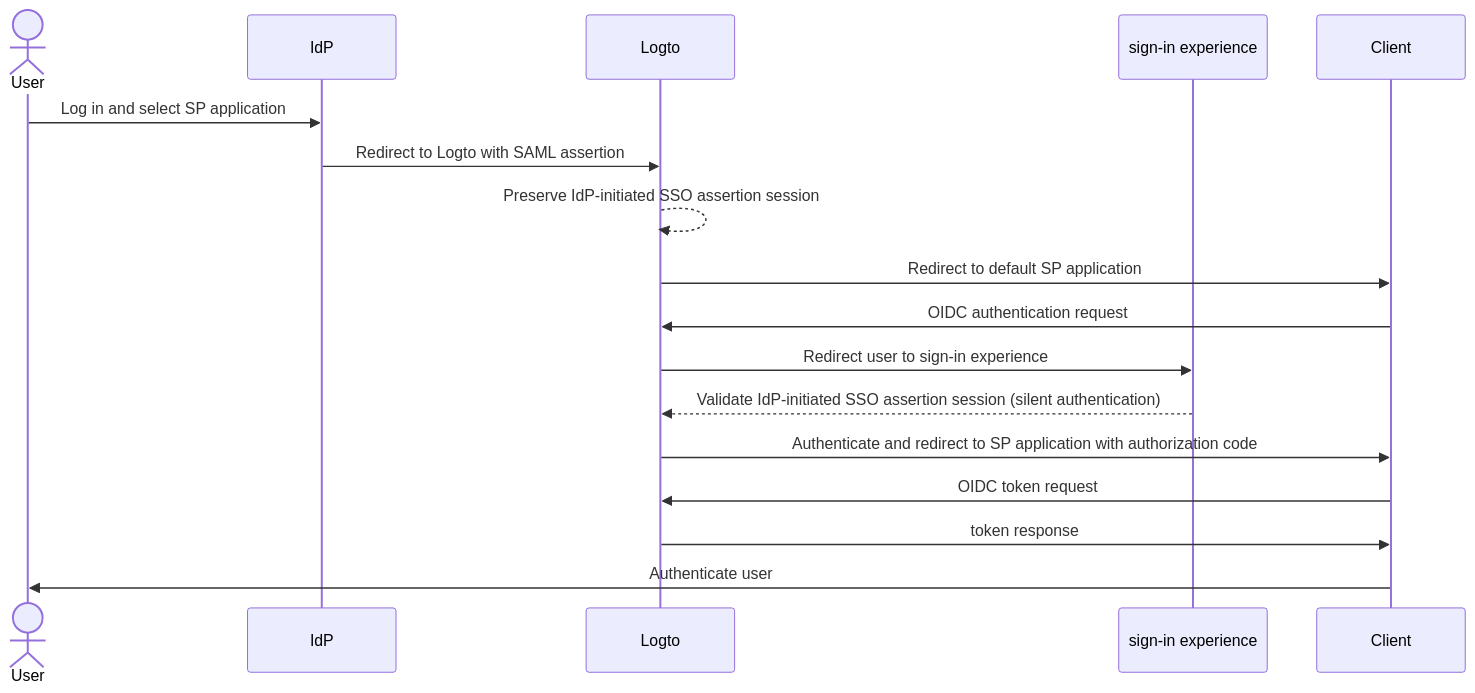
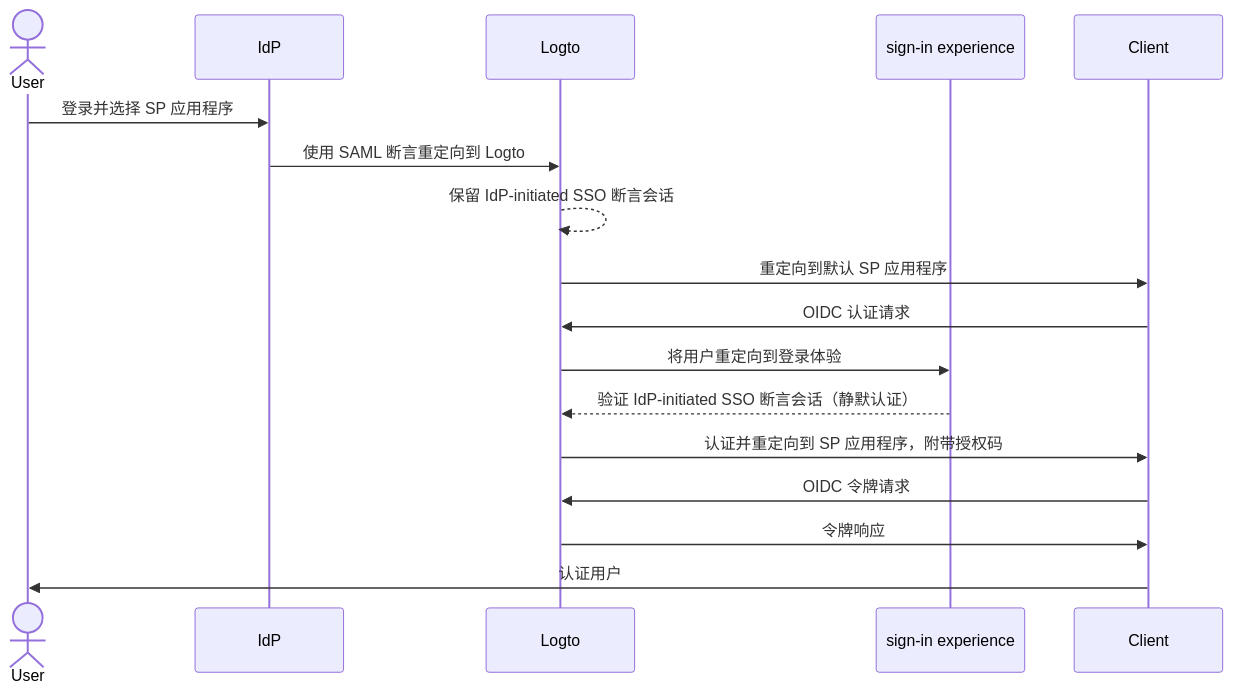
The first of 2 diagrams in i18n/zh-CN/docusaurus-plugin-content-docs/current/end-user-flows/enterprise-sso/idp-initiated-sso.mdx (logto-io/docs), drawn with Mermaid before and after one commit. The commit also changed other lines of this file and 449 other files, not shown here.

````diff
--- a/i18n/zh-CN/docusaurus-plugin-content-docs/current/end-user-flows/enterprise-sso/idp-initiated-sso.mdx
+++ b/i18n/zh-CN/docusaurus-plugin-content-docs/current/end-user-flows/enterprise-sso/idp-initiated-sso.mdx
@@ -60,20 +60,20 @@
 ```mermaid
 sequenceDiagram
     actor User
     participant IdP as IdP
     participant Logto as Logto
     participant Experience as sign-in experience
     participant SP as Client
 
-    User->>IdP: Log in and select SP application
-    IdP->>Logto: Redirect to Logto with SAML assertion
-    Logto-->>Logto: Preserve IdP-initiated SSO assertion session
-    Logto->>SP: Redirect to default SP application
-    SP->>Logto: OIDC authentication request
-    Logto->>Experience: Redirect user to sign-in experience
-    Experience-->>Logto: Validate IdP-initiated SSO assertion session (silent authentication)
-    Logto->>SP: Authenticate and redirect to SP application with authorization code
-    SP->>Logto: OIDC token request
-    Logto->>SP: token response
-    SP->>User: Authenticate user
+    User->>IdP: 登录并选择 SP 应用程序
+    IdP->>Logto: 使用 SAML 断言重定向到 Logto
+    Logto-->>Logto: 保留 IdP-initiated SSO 断言会话
+    Logto->>SP: 重定向到默认 SP 应用程序
+    SP->>Logto: OIDC 认证请求
+    Logto->>Experience: 将用户重定向到登录体验
+    Experience-->>Logto: 验证 IdP-initiated SSO 断言会话（静默认证）
+    Logto->>SP: 认证并重定向到 SP 应用程序，附带授权码
+    SP->>Logto: OIDC 令牌请求
+    Logto->>SP: 令牌响应
+    SP->>User: 认证用户
 ```
````
